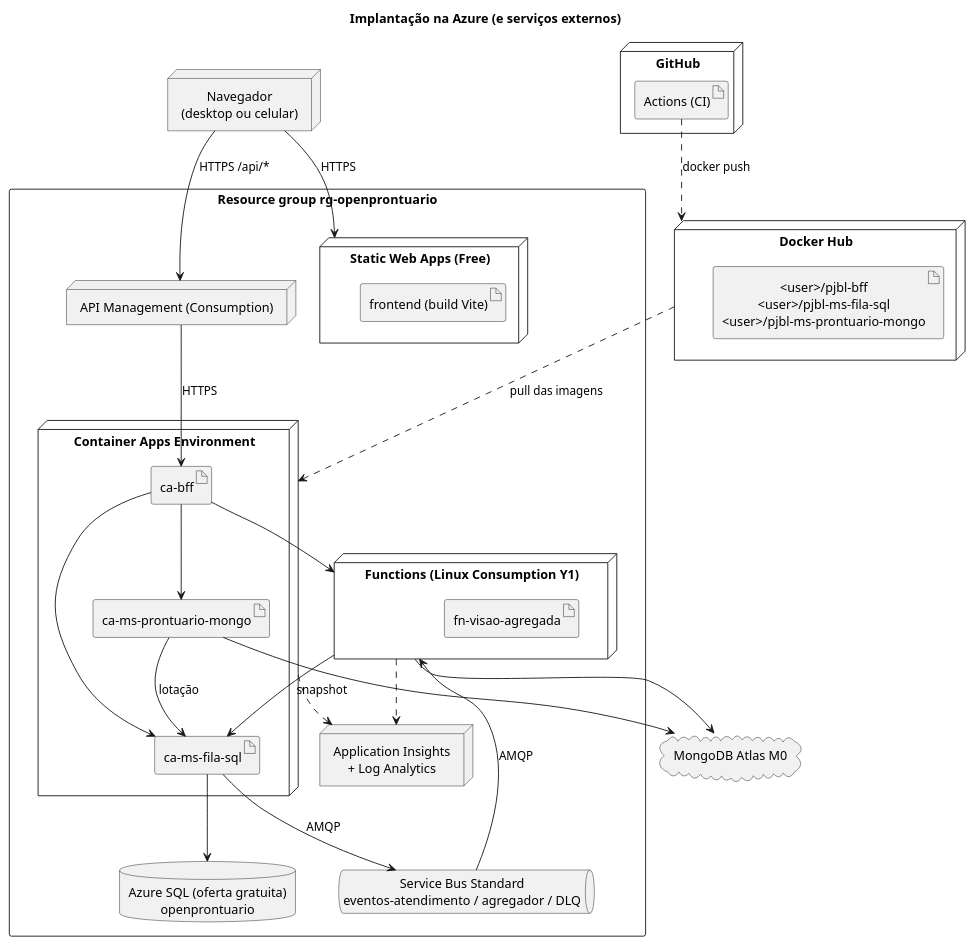
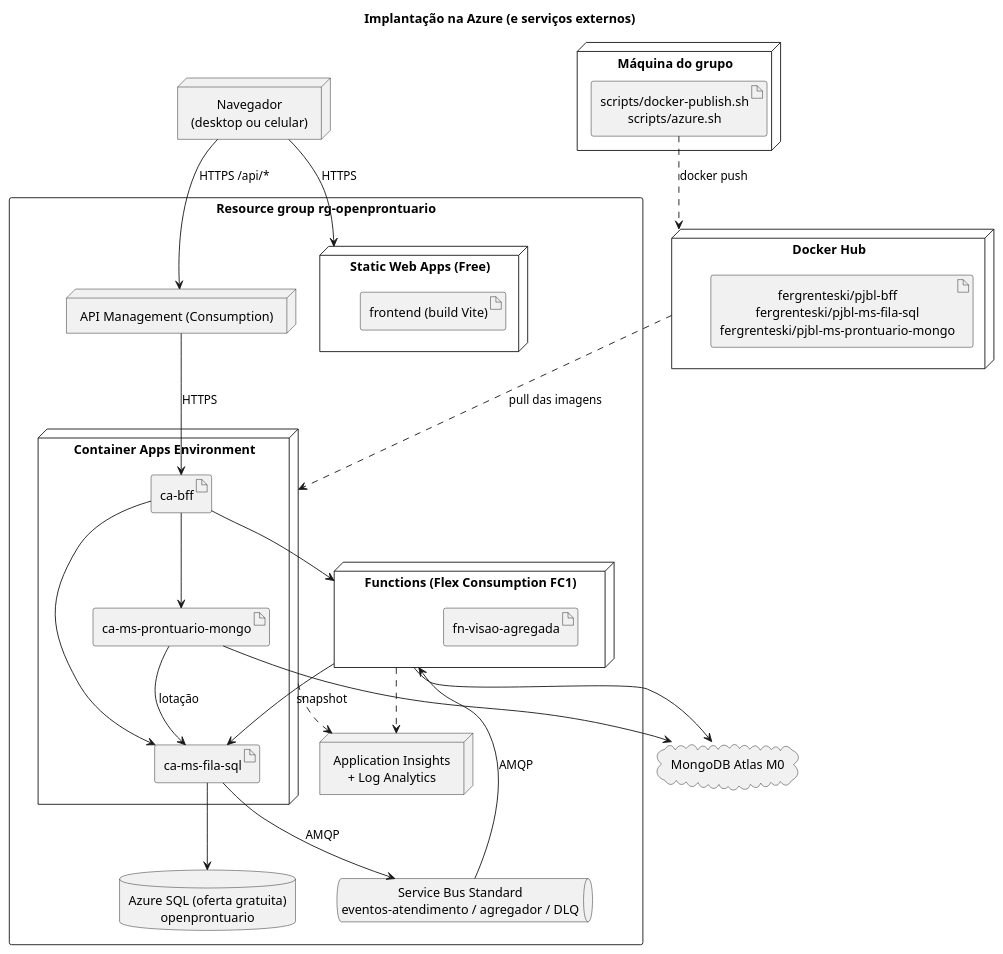
One commit to fergrenteski/open-prontuario-platform changed the diagram in docs/diagramas/implantacao.puml. Above: the diagram before and after it, drawn with PlantUML. The commit also changed 8 other files, not shown here.

```diff
--- a/docs/diagramas/implantacao.puml
+++ b/docs/diagramas/implantacao.puml
@@ -1,46 +1,46 @@
 @startuml implantacao
 title Implantação na Azure (e serviços externos)
 skinparam defaultTextAlignment center
 node "Navegador\n(desktop ou celular)" as nav
-node "GitHub" as gh {
-  artifact "Actions (CI)" as ci
+node "Máquina do grupo" as dev {
+  artifact "scripts/docker-publish.sh\nscripts/azure.sh" as ci
 }
 node "Docker Hub" as dh {
-  artifact "<user>/pjbl-bff\n<user>/pjbl-ms-fila-sql\n<user>/pjbl-ms-prontuario-mongo" as imgs
+  artifact "fergrenteski/pjbl-bff\nfergrenteski/pjbl-ms-fila-sql\nfergrenteski/pjbl-ms-prontuario-mongo" as imgs
 }
 rectangle "Resource group rg-openprontuario" {
   node "Static Web Apps (Free)" as swa {
     artifact "frontend (build Vite)" as afront
   }
   node "API Management (Consumption)" as apim
   node "Container Apps Environment" as cae {
     artifact "ca-bff" as cabff
     artifact "ca-ms-fila-sql" as cafila
     artifact "ca-ms-prontuario-mongo" as capront
   }
-  node "Functions (Linux Consumption Y1)" as func {
+  node "Functions (Flex Consumption FC1)" as func {
     artifact "fn-visao-agregada" as afn
   }
   queue "Service Bus Standard\neventos-atendimento / agregador / DLQ" as sb
   database "Azure SQL (oferta gratuita)\nopenprontuario" as sql
   node "Application Insights\n+ Log Analytics" as ai
 }
 cloud "MongoDB Atlas M0" as atlas
 nav --> swa : HTTPS
 nav --> apim : HTTPS /api/*
 apim --> cabff : HTTPS
 cabff --> cafila
 cabff --> capront
 cabff --> func
 cafila --> sql
 cafila --> sb : AMQP
 sb --> func : AMQP
 func --> cafila : snapshot
 capront --> cafila : lotação
 capront --> atlas
 func --> atlas
 ci ..> dh : docker push
 dh ..> cae : pull das imagens
 cae ..> ai
 func ..> ai
 @enduml
```
